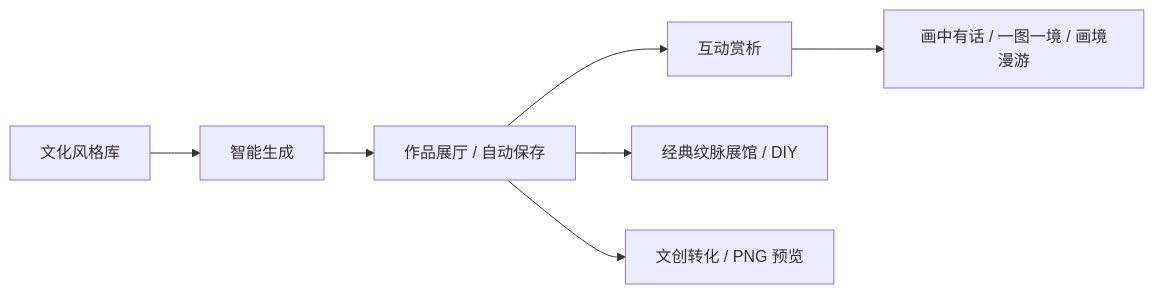
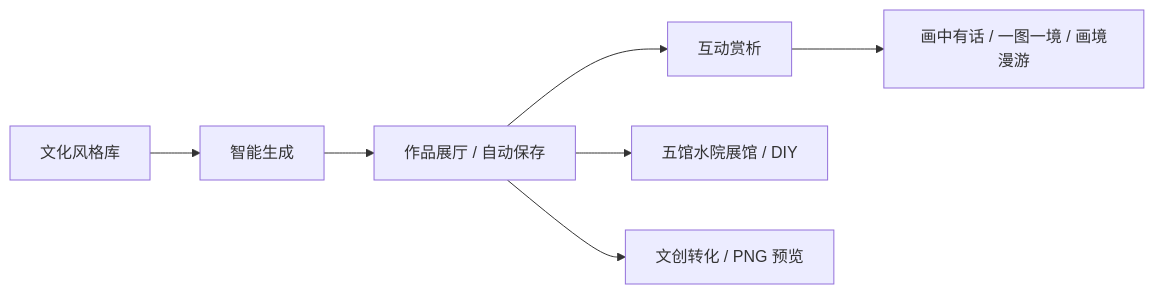
One commit to 3331083641-prog/wenmai-huazhang changed the first of 2 diagrams in README.md. Above: the diagram before and after it, drawn with Mermaid. The commit also changed other lines of this file and 71 other files, not shown here.

````diff
--- a/README.md
+++ b/README.md
@@ -21,9 +21,9 @@
 ```mermaid
 flowchart LR
   A[文化风格库] --> B[智能生成]
   B --> C[作品展厅 / 自动保存]
   C --> D[互动赏析]
   D --> H[画中有话 / 一图一境 / 画境漫游]
-  C --> E[经典纹脉展馆 / DIY]
+  C --> E[五馆水院展馆 / DIY]
   C --> F[文创转化 / PNG 预览]
 ```
````
